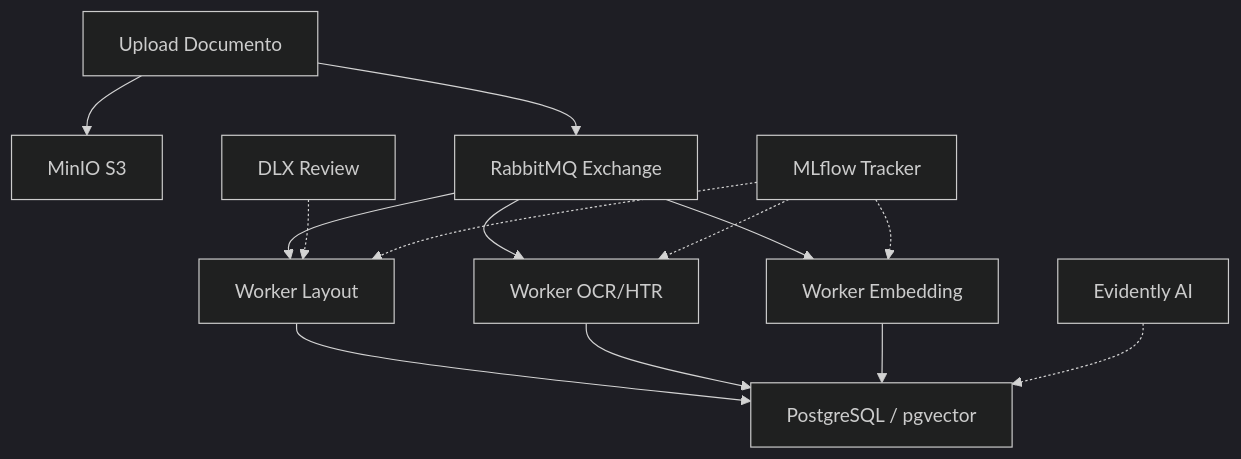
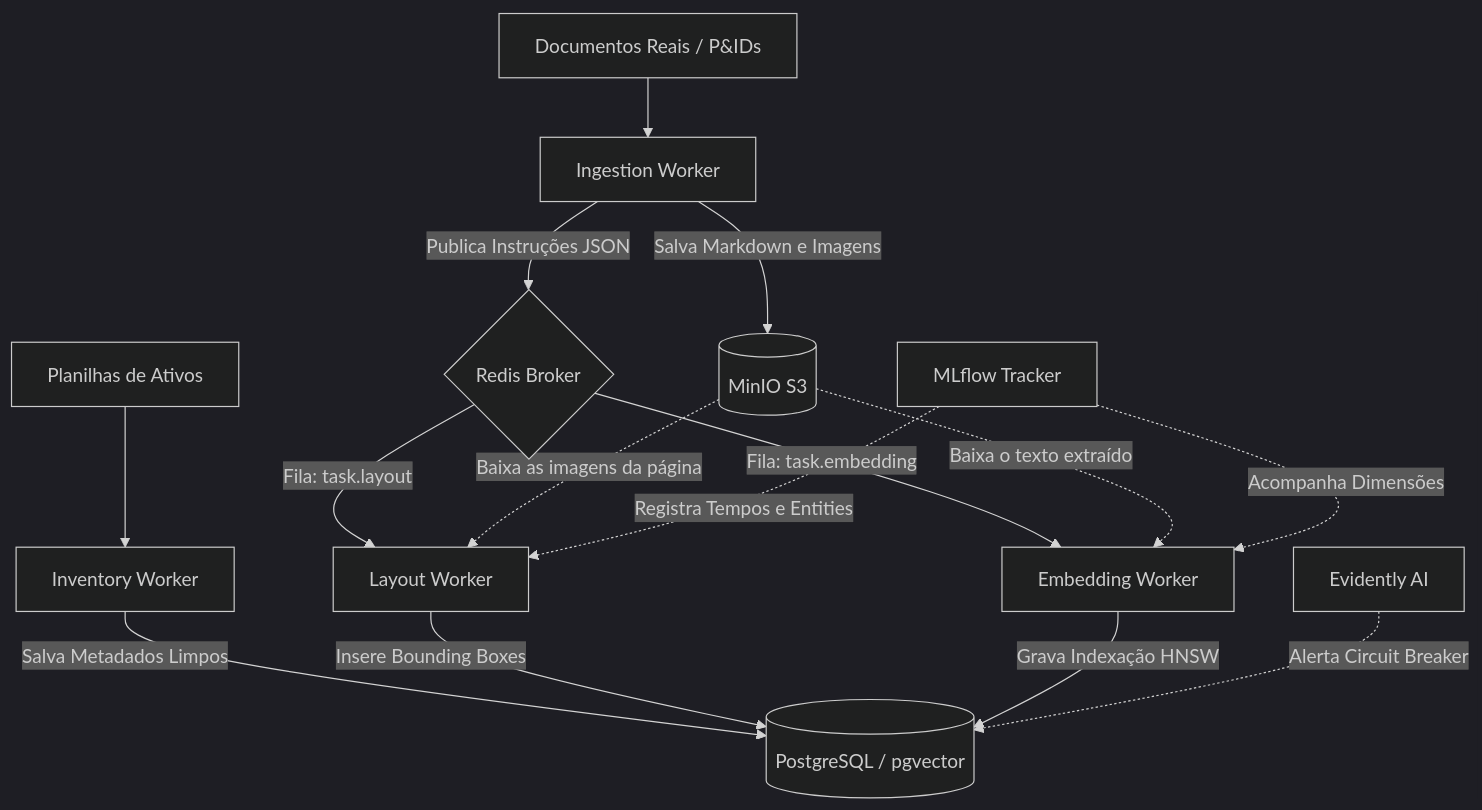
Before and after one commit to RichardMan13/PetroScan-AI: the diagram in README.md, drawn with Mermaid (dark theme). The commit also changed other lines of this file and 24 other files, not shown here.

Commit message:
feat: implement containerized microservices architecture with Redis task queues and PostgreSQL vector storage.

````diff
--- a/README.md
+++ b/README.md
@@ -22,16 +19,28 @@
 ```mermaid
 graph TD
-    A[Upload Documento] --> B[MinIO S3]
-    A --> C[RabbitMQ Exchange]
-    C --> D[Worker Layout]
-    C --> E[Worker OCR/HTR]
-    C --> F[Worker Embedding]
-    D --> G[PostgreSQL / pgvector]
-    E --> G
-    F --> G
-    H[DLX Review] -.-> D
-    I[MLflow Tracker] -.-> D
-    I -.-> E
-    I -.-> F
-    J[Evidently AI] -.-> G
+    %% Entradas Iniciais
+    A1[Documentos Reais / P&IDs] --> B[Ingestion Worker]
+    A2[Planilhas de Ativos] --> C[Inventory Worker]
+
+    %% Armazenamento S3 e Orquestração
+    B -->|Salva Markdown e Imagens| D[(MinIO S3)]
+    B -->|Publica Instruções JSON| E{Redis Broker}
+
+    %% Filas de Processamento Independente
+    E -->|Fila: task.layout| F[Layout Worker]
+    E -->|Fila: task.embedding| G[Embedding Worker]
+
+    %% Desacoplamento Seguro
+    D -.->|Baixa as imagens da página| F
+    D -.->|Baixa o texto extraído| G
+
+    %% Unificação e Persistência Vetorial
+    C -->|Salva Metadados Limpos| H[(PostgreSQL / pgvector)]
+    F -->|Insere Bounding Boxes| H
+    G -->|Grava Indexação HNSW| H
+
+    %% Telescopia de Qualidade (MLOps)
+    I[MLflow Tracker] -.->|Registra Tempos e Entities| F
+    I -.->|Acompanha Dimensões| G
+    J[Evidently AI] -.->|Alerta Circuit Breaker| H
 ```
````
